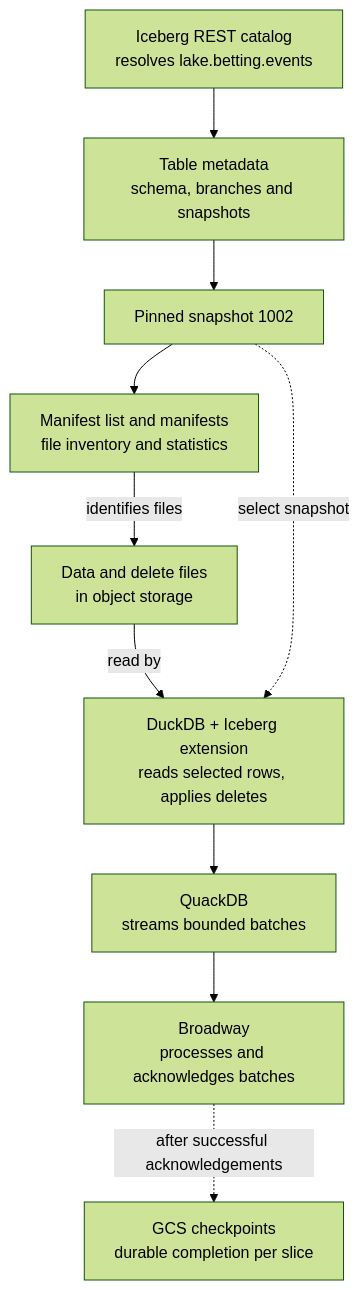
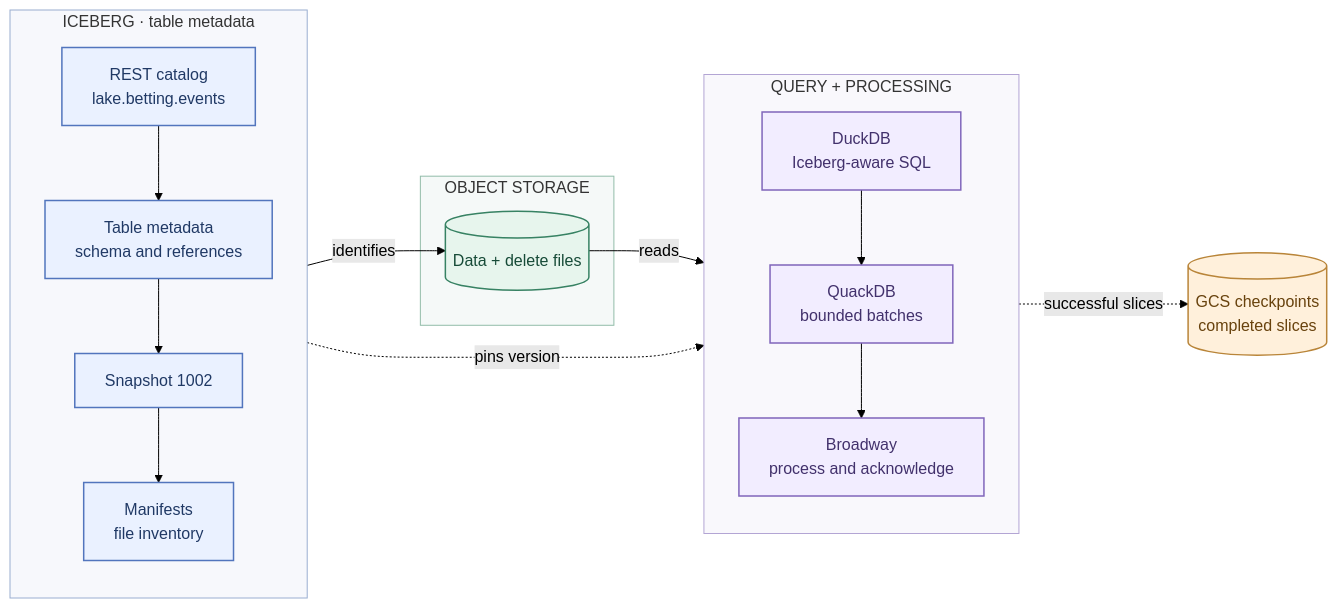
One commit to efcasado/off_broadway_iceberg changed the first of 5 diagrams in guides/iceberg-and-duckdb.md. Above: the diagram before and after it, drawn with Mermaid (forest theme). The commit also changed other lines of this file, not shown here.

Commit message:
docs: refine Mermaid layouts and visual hierarchy

````diff
--- a/guides/iceberg-and-duckdb.md
+++ b/guides/iceberg-and-duckdb.md
@@ -28,19 +28,42 @@
 ```mermaid
-flowchart TB
-    C["Iceberg REST catalog<br/>resolves lake.betting.events"]
-    M["Table metadata<br/>schema, branches and snapshots"]
-    S["Pinned snapshot 1002"]
-    L["Manifest list and manifests<br/>file inventory and statistics"]
-    F["Data and delete files<br/>in object storage"]
-    D["DuckDB + Iceberg extension<br/>reads selected rows, applies deletes"]
-    Q["QuackDB<br/>streams bounded batches"]
-    B["Broadway<br/>processes and acknowledges batches"]
-    G["GCS checkpoints<br/>durable completion per slice"]
+flowchart LR
+    subgraph Iceberg["ICEBERG · table metadata"]
+        direction TB
+        C["REST catalog<br/>lake.betting.events"]
+        M["Table metadata<br/>schema and references"]
+        S["Snapshot 1002"]
+        L["Manifests<br/>file inventory"]
+        C --> M --> S --> L
+    end
 
-    C --> M --> S --> L
-    L -->|identifies files| F
-    F -->|read by| D
-    S -.->|select snapshot| D
-    D --> Q --> B
-    B -.->|after successful acknowledgements| G
+    subgraph Storage["OBJECT STORAGE"]
+        F[("Data + delete files")]
+    end
+
+    subgraph Pipeline["QUERY + PROCESSING"]
+        direction TB
+        D["DuckDB<br/>Iceberg-aware SQL"]
+        Q["QuackDB<br/>bounded batches"]
+        B["Broadway<br/>process and acknowledge"]
+        D --> Q --> B
+    end
+
+    G[("GCS checkpoints<br/>completed slices")]
+
+    L -->|identifies| F
+    F -->|reads| D
+    S -.->|pins version| D
+    B -.->|successful slices| G
+
+    classDef catalog fill:#eaf1ff,stroke:#5275bd,color:#203965,stroke-width:1.5px
+    classDef files fill:#e7f5ed,stroke:#378263,color:#174b38,stroke-width:1.5px
+    classDef compute fill:#f2edff,stroke:#8066bb,color:#42316c,stroke-width:1.5px
+    classDef durable fill:#fff0db,stroke:#b98539,color:#68420d,stroke-width:1.5px
+    class C,M,S,L catalog
+    class F files
+    class D,Q,B compute
+    class G durable
+    style Iceberg fill:#5275bd0c,stroke:#9aadd0,stroke-width:1px
+    style Storage fill:#3782630c,stroke:#92bca9,stroke-width:1px
+    style Pipeline fill:#8066bb0c,stroke:#b3a5d4,stroke-width:1px
 ```
````
